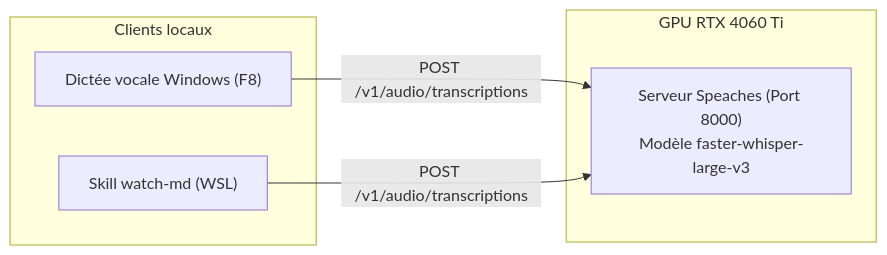
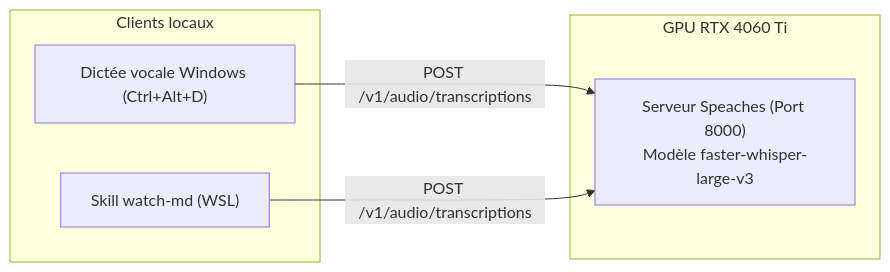
Before and after one commit to floSa/whisper-dictation: the diagram in README.md, drawn with Mermaid. The commit also changed other lines of this file and 3 other files, not shown here.

````diff
--- a/README.md
+++ b/README.md
@@ -18,10 +18,10 @@
 ```mermaid
 flowchart LR
   subgraph GPU ["GPU RTX 4060 Ti"]
     Speaches["Serveur Speaches (Port 8000)<br>Modèle faster-whisper-large-v3"]
   end
   subgraph Clients ["Clients locaux"]
-    WinClient["Dictée vocale Windows (F8)"] -->|POST /v1/audio/transcriptions| Speaches
+    WinClient["Dictée vocale Windows (Ctrl+Alt+D)"] -->|POST /v1/audio/transcriptions| Speaches
     WSLSkill["Skill watch-md (WSL)"] -->|POST /v1/audio/transcriptions| Speaches
   end
 ```
````
